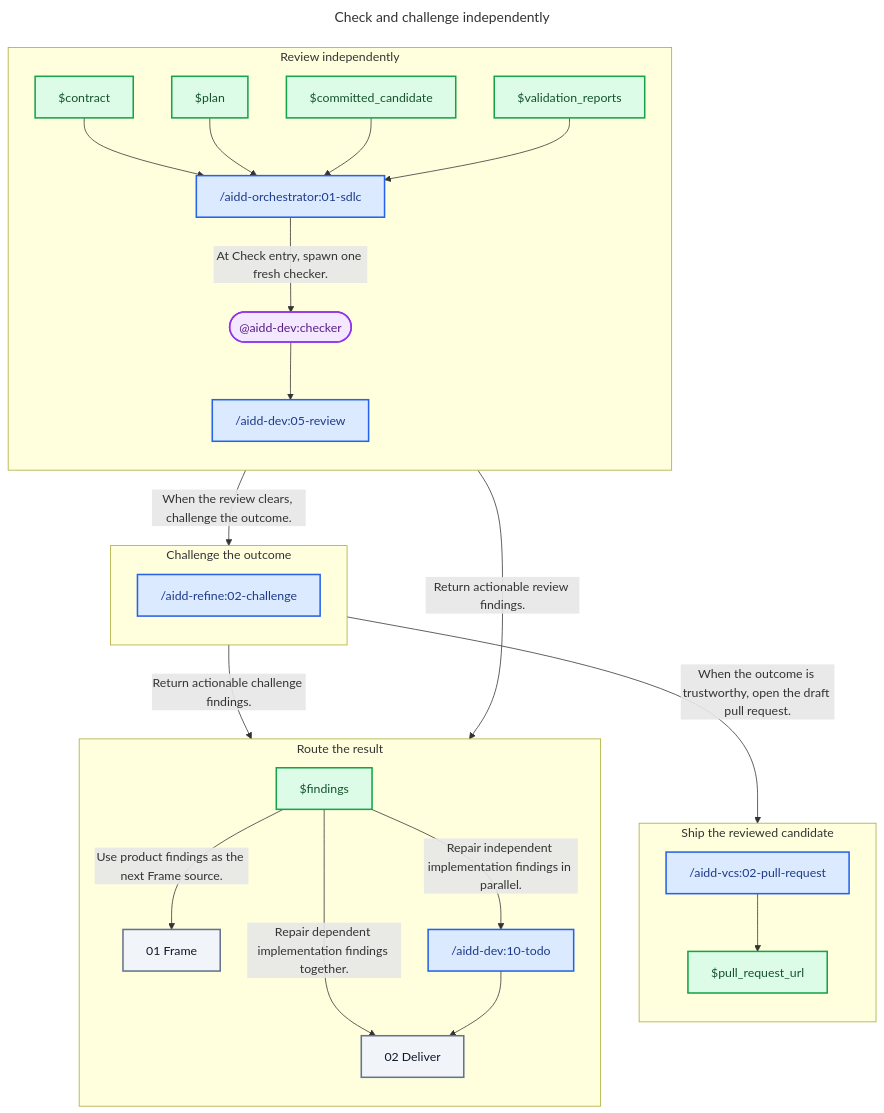
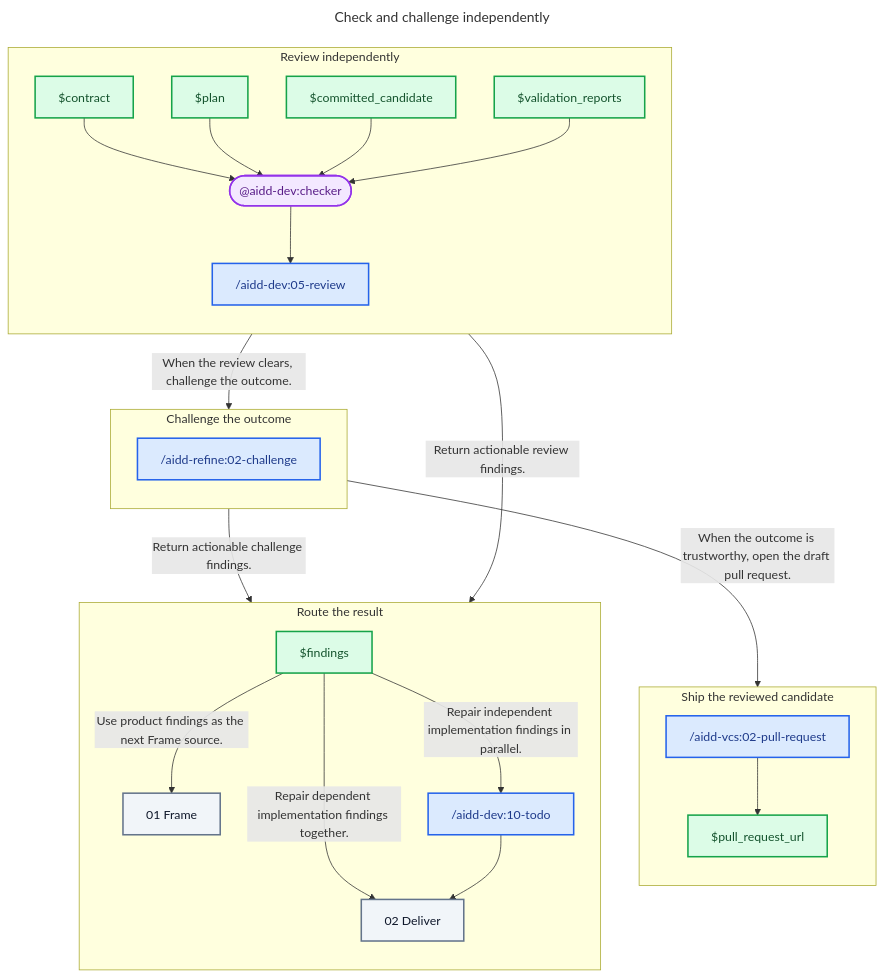
The diagram in plugins/aidd-orchestrator/skills/01-sdlc/references/03-check.md (ai-driven-dev/aidd-framework), drawn with Mermaid before and after one commit. The commit also changed 3 other files, not shown here.

First line of the commit message:
refactor(orchestrator): remove SDLC self-references

````diff
--- a/plugins/aidd-orchestrator/skills/01-sdlc/references/03-check.md
+++ b/plugins/aidd-orchestrator/skills/01-sdlc/references/03-check.md
@@ -9,61 +9,59 @@
 ```mermaid
 ---
 title: Check and challenge independently
 ---
 flowchart TD
   subgraph ReviewStage["Review independently"]
     direction TB
     Contract["$contract"]
     Plan["$plan"]
     CommittedCandidate["$committed_candidate"]
     ValidationReports["$validation_reports"]
-    Sdlc["/aidd-orchestrator:01-sdlc"]
     Checker(["@aidd-dev:checker"])
     Review["/aidd-dev:05-review"]
   end
 
   subgraph ChallengeStage["Challenge the outcome"]
     direction TB
     Challenge["/aidd-refine:02-challenge"]
   end
 
   subgraph RouteStage["Route the result"]
     direction TB
     Findings["$findings"]
     Frame["01 Frame"]
     Todo["/aidd-dev:10-todo"]
     Deliver["02 Deliver"]
   end
 
   subgraph ShipStage["Ship the reviewed candidate"]
     direction TB
     PullRequest["/aidd-vcs:02-pull-request"]
     PullRequestUrl["$pull_request_url"]
   end
 
-  Contract --> Sdlc
-  Plan --> Sdlc
-  CommittedCandidate --> Sdlc
-  ValidationReports --> Sdlc
-  Sdlc -- "At Check entry, spawn one fresh checker." --> Checker
+  Contract --> Checker
+  Plan --> Checker
+  CommittedCandidate --> Checker
+  ValidationReports --> Checker
   Checker --> Review
   Review -- "Return actionable review findings." --> Findings
   Review -- "When the review clears, challenge the outcome." --> Challenge
   Challenge -- "Return actionable challenge findings." --> Findings
   Challenge -- "When the outcome is trustworthy, open the draft pull request." --> PullRequest
   Findings -- "Use product findings as the next Frame source." --> Frame
   Findings -- "Repair independent implementation findings in parallel." --> Todo
   Findings -- "Repair dependent implementation findings together." --> Deliver
   Todo --> Deliver
   PullRequest --> PullRequestUrl
 
   classDef skill fill:#DBEAFE,stroke:#2563EB,color:#1E3A8A,stroke-width:2px
   classDef agent fill:#F3E8FF,stroke:#9333EA,color:#581C87,stroke-width:2px
   classDef artifact fill:#DCFCE7,stroke:#16A34A,color:#14532D,stroke-width:2px
   classDef zone fill:#F1F5F9,stroke:#64748B,color:#0F172A,stroke-width:2px
 
-  class Review,Sdlc,Challenge,Todo,PullRequest skill
+  class Review,Challenge,Todo,PullRequest skill
   class Checker agent
   class Contract,Plan,CommittedCandidate,ValidationReports,Findings,PullRequestUrl artifact
   class Frame,Deliver zone
 ```
````
